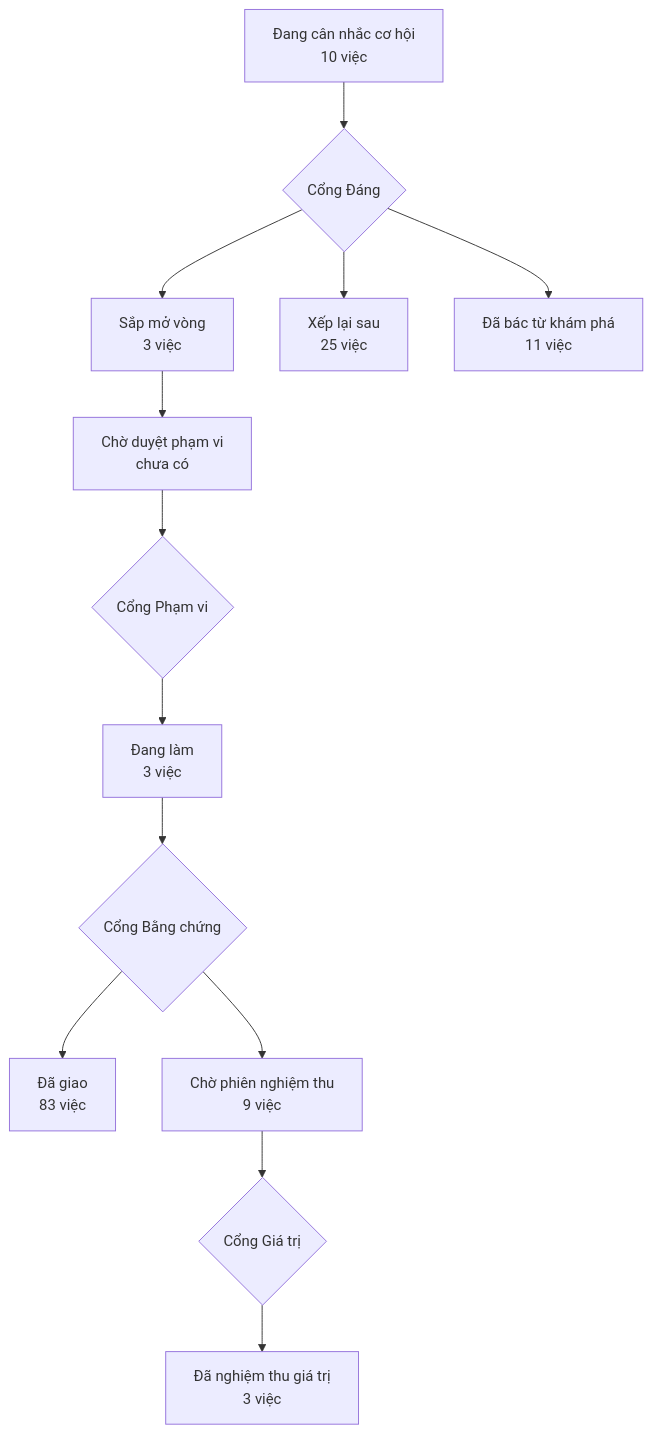
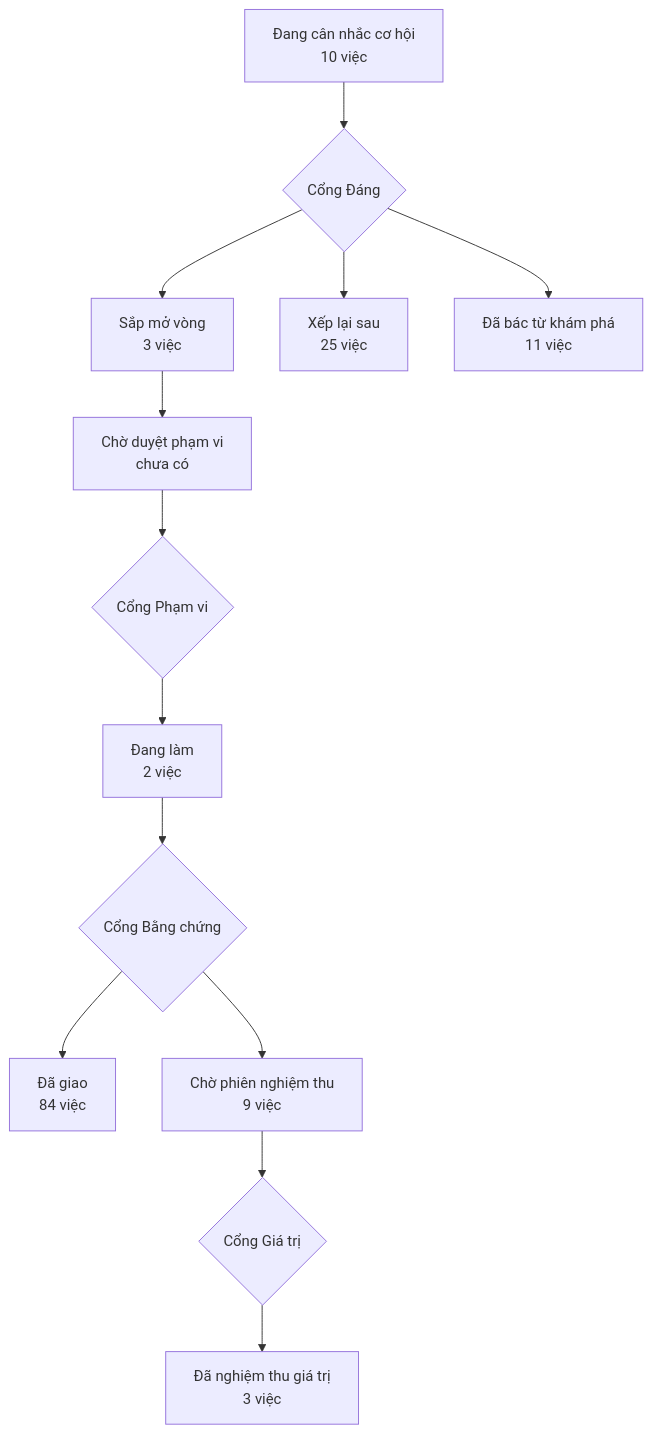
The diagram in PRODUCT-MAP.md (phanlemanh/acceptance-gate-kit), drawn with Mermaid before and after one commit. The commit also changed 4 other files, not shown here.

````diff
--- a/PRODUCT-MAP.md
+++ b/PRODUCT-MAP.md
@@ -6,12 +6,12 @@
 ```mermaid
 flowchart TD
   A["Đang cân nhắc cơ hội<br/>10 việc"] --> GD{"Cổng Đáng"}
   GD --> B["Sắp mở vòng<br/>3 việc"]
   GD --> XL["Xếp lại sau<br/>25 việc"]
   GD --> DB["Đã bác từ khám phá<br/>11 việc"]
   B --> CD["Chờ duyệt phạm vi<br/>chưa có"] --> GP{"Cổng Phạm vi"}
-  GP --> DL["Đang làm<br/>3 việc"] --> GB{"Cổng Bằng chứng"}
-  GB --> DG["Đã giao<br/>83 việc"]
+  GP --> DL["Đang làm<br/>2 việc"] --> GB{"Cổng Bằng chứng"}
+  GB --> DG["Đã giao<br/>84 việc"]
   GB --> CN["Chờ phiên nghiệm thu<br/>9 việc"] --> GG{"Cổng Giá trị"}
   GG --> NT["Đã nghiệm thu giá trị<br/>3 việc"]
 ```
````
